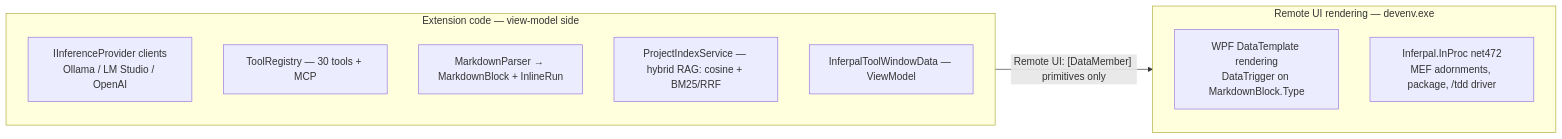
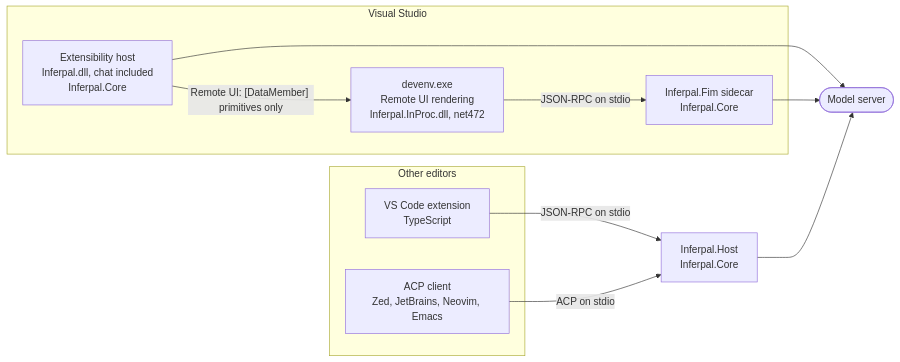
The first of 2 diagrams in docs/architecture.md (EstaxNet/Inferpal), drawn with Mermaid before and after one commit. The commit also changed other lines of this file and 36 other files, not shown here.

````diff
--- a/docs/architecture.md
+++ b/docs/architecture.md
@@ -57,15 +7,21 @@
 ```mermaid
 flowchart LR
-    subgraph host["Extension code — view-model side"]
-        prov[IInferenceProvider clients<br/>Ollama / LM Studio / OpenAI]
-        reg[ToolRegistry — 30 tools + MCP]
-        md[MarkdownParser → MarkdownBlock + InlineRun]
-        rag[ProjectIndexService — hybrid RAG: cosine + BM25/RRF]
-        vm[InferpalToolWindowData — ViewModel]
+    subgraph vs["Visual Studio"]
+        dev["devenv.exe<br/>Remote UI rendering<br/>Inferpal.InProc.dll, net472"]
+        ext["Extensibility host<br/>Inferpal.dll, chat included<br/>Inferpal.Core"]
+        fim["Inferpal.Fim sidecar<br/>Inferpal.Core"]
     end
-    subgraph dev["Remote UI rendering — devenv.exe"]
-        wpf[WPF DataTemplate rendering<br/>DataTrigger on MarkdownBlock.Type]
-        ghost[Inferpal.InProc net472<br/>MEF adornments, package, /tdd driver]
+    subgraph others["Other editors"]
+        code["VS Code extension<br/>TypeScript"]
+        acp["ACP client<br/>Zed, JetBrains, Neovim, Emacs"]
     end
-    host -- "Remote UI: [DataMember] primitives only" --> dev
+    host["Inferpal.Host<br/>Inferpal.Core"]
+    model(["Model server"])
+    ext -- "Remote UI: [DataMember] primitives only" --> dev
+    dev -- "JSON-RPC on stdio" --> fim
+    code -- "JSON-RPC on stdio" --> host
+    acp -- "ACP on stdio" --> host
+    ext --> model
+    fim --> model
+    host --> model
 ```
````
